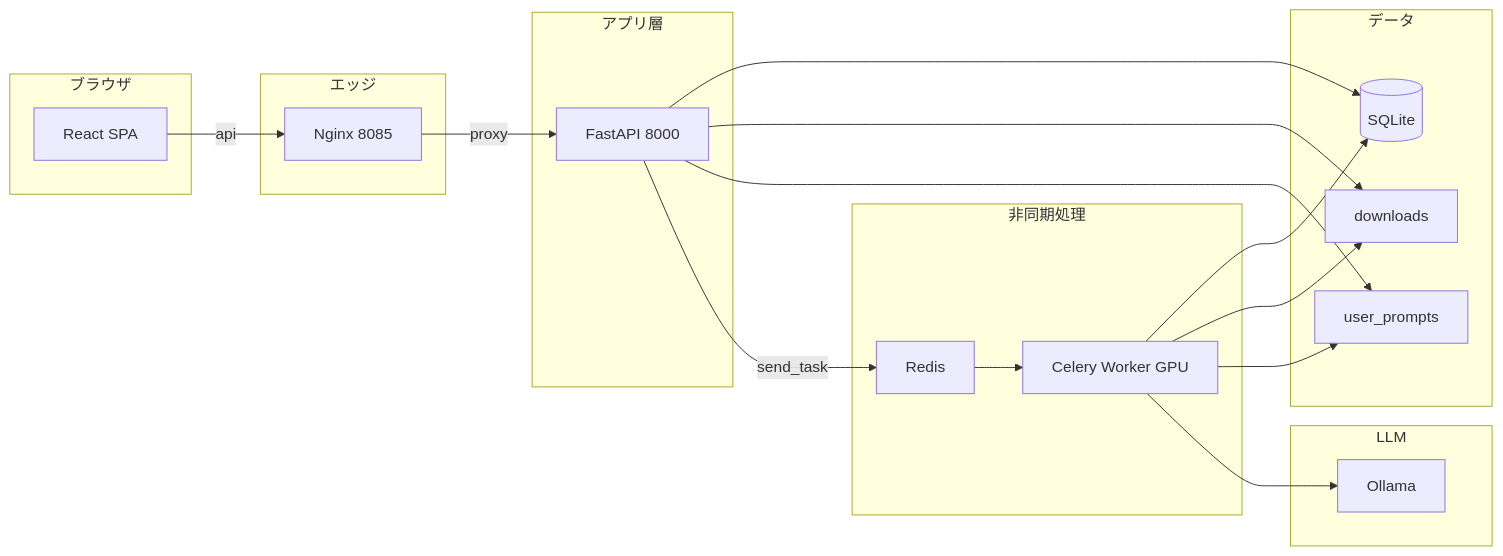
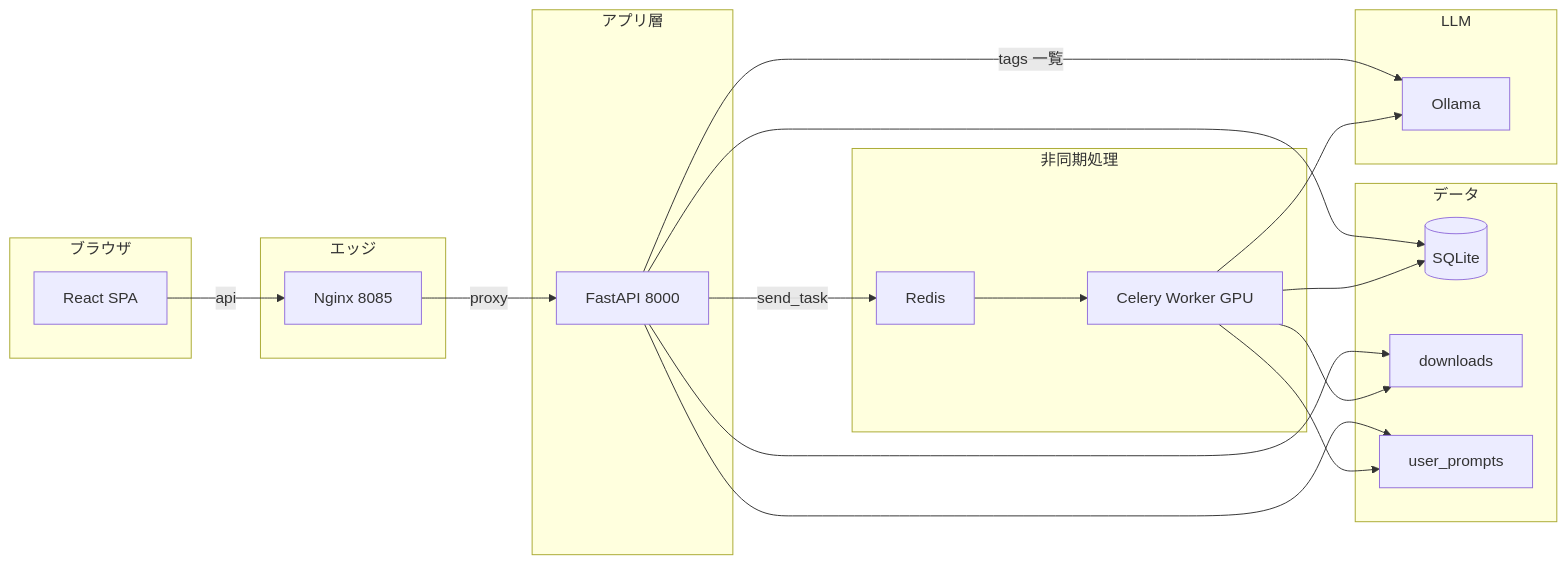
The diagram in document/frontend_backend_design.md (gt-ynakamatsu/meeting-minutes-generator), drawn with Mermaid before and after one commit. The commit also changed other lines of this file and 17 other files, not shown here.

````diff
--- a/document/frontend_backend_design.md
+++ b/document/frontend_backend_design.md
@@ -13,36 +13,37 @@
 ```mermaid
 flowchart LR
   subgraph client["ブラウザ"]
     FE["React SPA"]
   end
   subgraph edge["エッジ"]
     NG["Nginx 8085"]
   end
   subgraph app["アプリ層"]
     API["FastAPI 8000"]
   end
   subgraph async["非同期処理"]
     R["Redis"]
     W["Celery Worker GPU"]
   end
   subgraph data["データ"]
     DB[("SQLite")]
     DL["downloads"]
     UP["user_prompts"]
   end
   subgraph llm["LLM"]
     OL["Ollama"]
   end
 
   FE -->|api| NG
   NG -->|proxy| API
   API --> DB
   API --> DL
   API --> UP
+  API -->|tags 一覧| OL
   API -->|send_task| R
   R --> W
   W --> DB
   W --> DL
   W --> UP
   W --> OL
 ```
````
